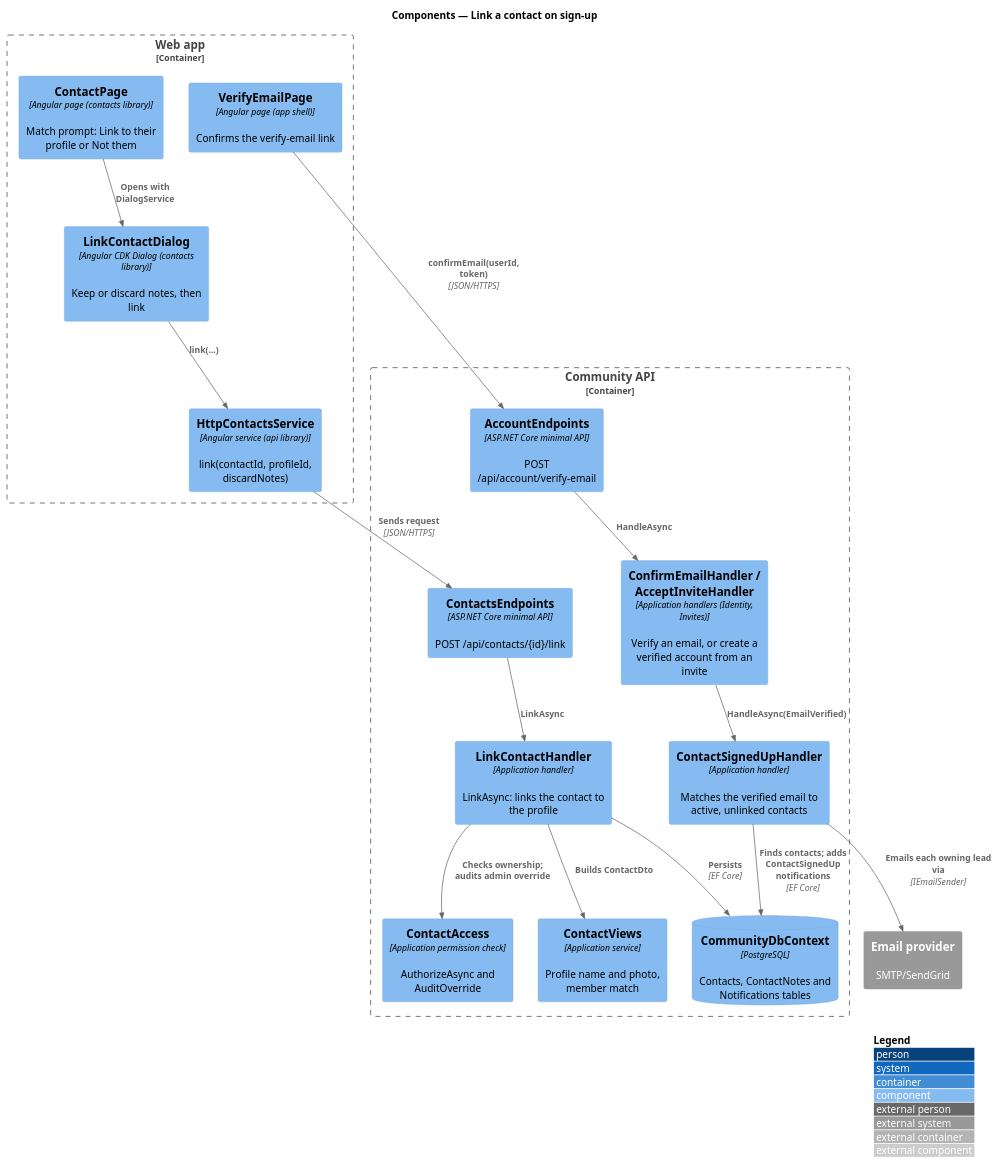
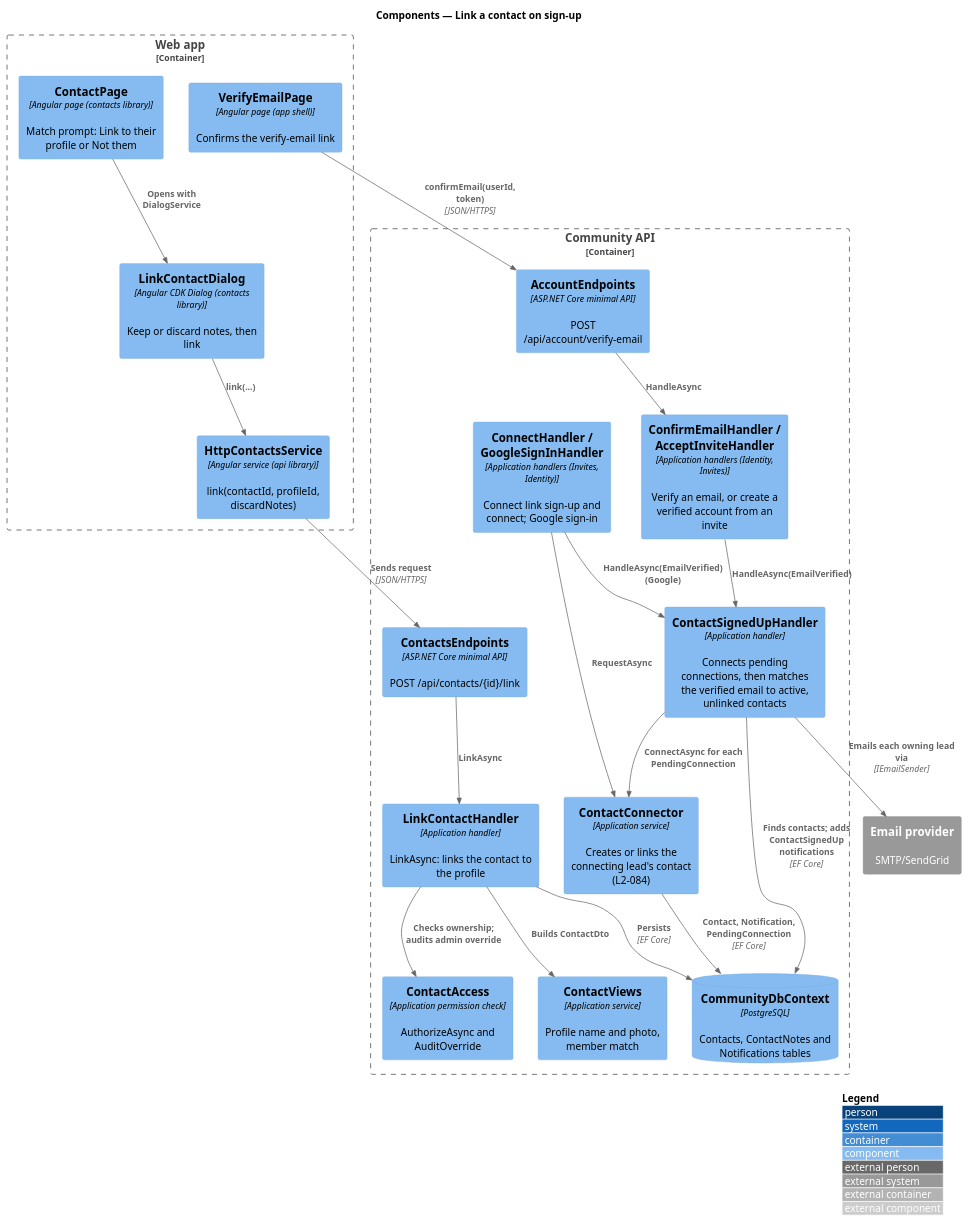
Before and after one commit to QuinntyneBrown/faithtech-community: the diagram in docs/detailed-designs/contacts/link-contact-on-sign-up/diagrams/c4-component.puml, drawn with PlantUML. The commit also changed 223 other files, not shown here.

```diff
--- a/docs/detailed-designs/contacts/link-contact-on-sign-up/diagrams/c4-component.puml
+++ b/docs/detailed-designs/contacts/link-contact-on-sign-up/diagrams/c4-component.puml
@@ -1,34 +1,40 @@
 @startuml
 !include <C4/C4_Component>
 LAYOUT_WITH_LEGEND()
 title Components — Link a contact on sign-up
 Container_Boundary(web, "Web app") {
   Component(verify, "VerifyEmailPage", "Angular page (app shell)", "Confirms the verify-email link")
   Component(page, "ContactPage", "Angular page (contacts library)", "Match prompt: Link to their profile or Not them")
   Component(dlg, "LinkContactDialog", "Angular CDK Dialog (contacts library)", "Keep or discard notes, then link")
   Component(svc, "HttpContactsService", "Angular service (api library)", "link(contactId, profileId, discardNotes)")
 }
 Container_Boundary(api, "Community API") {
   Component(acct, "AccountEndpoints", "ASP.NET Core minimal API", "POST /api/account/verify-email")
   Component(confirm, "ConfirmEmailHandler / AcceptInviteHandler", "Application handlers (Identity, Invites)", "Verify an email, or create a verified account from an invite")
-  Component(evt, "ContactSignedUpHandler", "Application handler", "Matches the verified email to active, unlinked contacts")
+  Component(evt, "ContactSignedUpHandler", "Application handler", "Connects pending connections, then matches the verified email to active, unlinked contacts")
+  Component(conn, "ContactConnector", "Application service", "Creates or links the connecting lead's contact (L2-084)")
+  Component(connect, "ConnectHandler / GoogleSignInHandler", "Application handlers (Invites, Identity)", "Connect link sign-up and connect; Google sign-in")
   Component(ep, "ContactsEndpoints", "ASP.NET Core minimal API", "POST /api/contacts/{id}/link")
   Component(h, "LinkContactHandler", "Application handler", "LinkAsync: links the contact to the profile")
   Component(acc, "ContactAccess", "Application permission check", "AuthorizeAsync and AuditOverride")
   Component(views, "ContactViews", "Application service", "Profile name and photo, member match")
   ComponentDb(db, "CommunityDbContext", "PostgreSQL", "Contacts, ContactNotes and Notifications tables")
 }
 System_Ext(email, "Email provider", "SMTP/SendGrid")
 Rel(verify, acct, "confirmEmail(userId, token)", "JSON/HTTPS")
 Rel(acct, confirm, "HandleAsync")
 Rel(confirm, evt, "HandleAsync(EmailVerified)")
+Rel(evt, conn, "ConnectAsync for each PendingConnection")
+Rel(connect, conn, "RequestAsync")
+Rel(connect, evt, "HandleAsync(EmailVerified) (Google)")
+Rel(conn, db, "Contact, Notification, PendingConnection", "EF Core")
 Rel(evt, db, "Finds contacts; adds ContactSignedUp notifications", "EF Core")
 Rel(evt, email, "Emails each owning lead via", "IEmailSender")
 Rel(page, dlg, "Opens with DialogService")
 Rel(dlg, svc, "link(...)")
 Rel(svc, ep, "Sends request", "JSON/HTTPS")
 Rel(ep, h, "LinkAsync")
 Rel(h, acc, "Checks ownership; audits admin override")
 Rel(h, views, "Builds ContactDto")
 Rel(h, db, "Persists", "EF Core")
 @enduml
```
